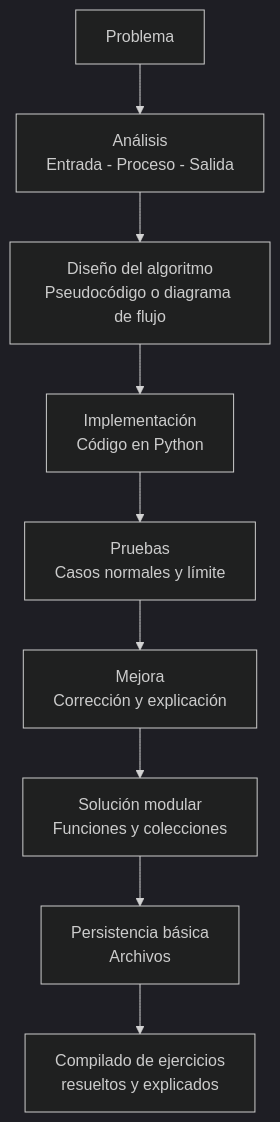
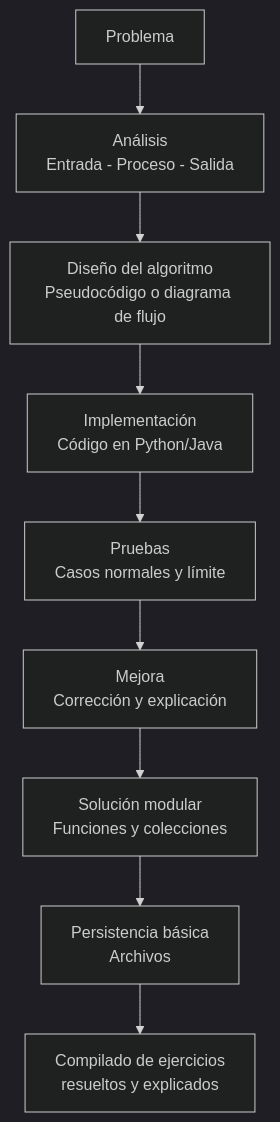
One commit to recursosdecursos/fp2026 changed the diagram in docs/index.md. Above: the diagram before and after it, drawn with Mermaid (dark theme).

````diff
--- a/docs/index.md
+++ b/docs/index.md
@@ -44,19 +44,19 @@
 ```mermaid
 flowchart TD
 
 A[Problema] --> B[Análisis<br>Entrada - Proceso - Salida]
 
 B --> C[Diseño del algoritmo<br>Pseudocódigo o diagrama de flujo]
 
-C --> D[Implementación<br>Código en Python]
+C --> D[Implementación<br>Código en Python/Java]
 
 D --> E[Pruebas<br>Casos normales y límite]
 
 E --> F[Mejora<br>Corrección y explicación]
 
 F --> G[Solución modular<br>Funciones y colecciones]
 
 G --> H[Persistencia básica<br>Archivos]
 
 H --> I[Compilado de ejercicios<br>resueltos y explicados]
 ```
````
